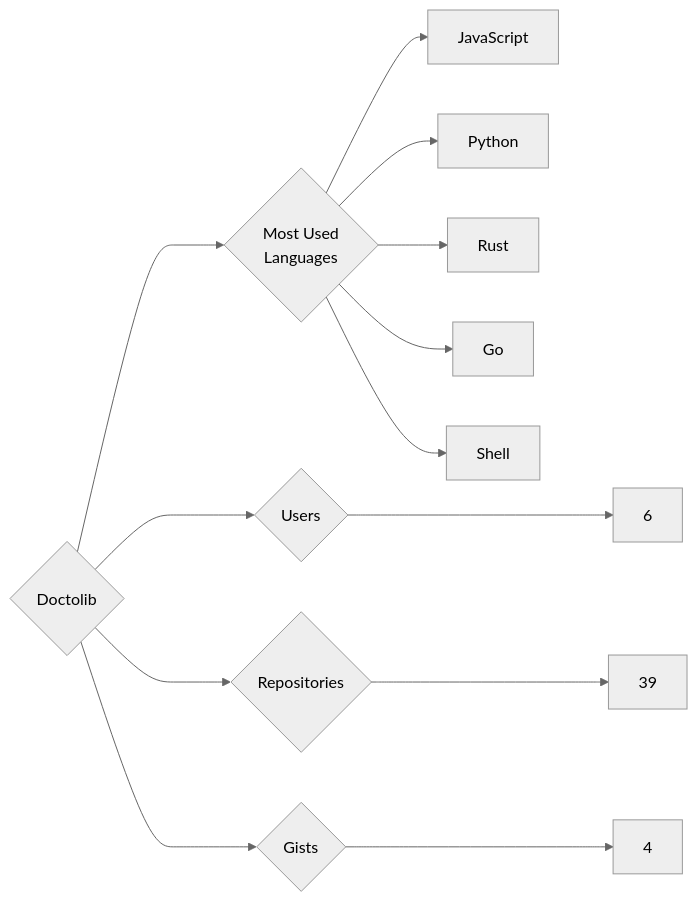
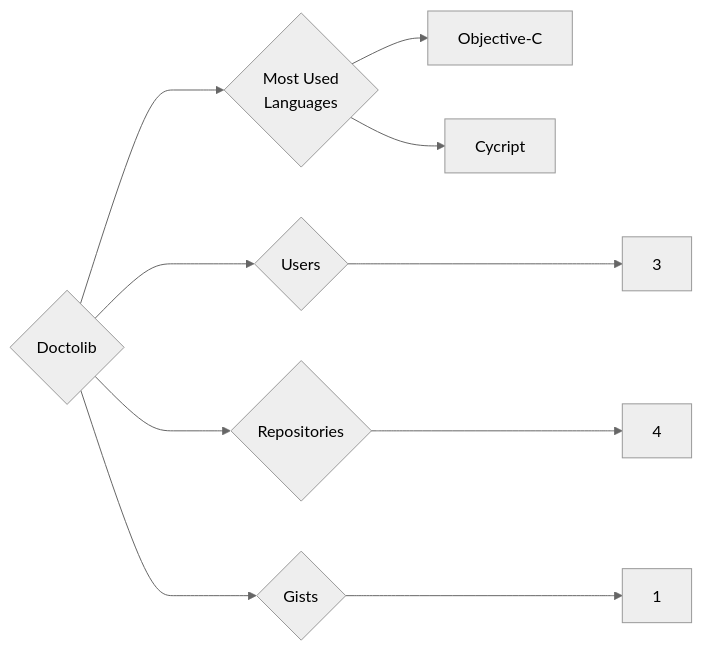
One commit to trickest/insiders changed the diagram in targets/Doctolib/README.md. Above: the diagram before and after it, drawn with Mermaid (neutral theme). The commit also changed 1141 other files, not shown here.

````diff
--- a/targets/Doctolib/README.md
+++ b/targets/Doctolib/README.md
@@ -3,13 +3,10 @@
 ```mermaid
 graph LR
 COMPANY_NAME{Doctolib}
-COMPANY_NAME ---> U{Users} ---> UN[6]
-COMPANY_NAME ---> R{Repositories} ---> RN[39]
-COMPANY_NAME ---> G{Gists} ---> GN[4]
+COMPANY_NAME ---> U{Users} ---> UN[3]
+COMPANY_NAME ---> R{Repositories} ---> RN[4]
+COMPANY_NAME ---> G{Gists} ---> GN[1]
 COMPANY_NAME ---> ML{Most Used<br>Languages}
-ML --> JavaScript[JavaScript]
-ML --> Python[Python]
-ML --> Rust[Rust]
-ML --> Go[Go]
-ML --> Shell[Shell]
+ML --> Objective-C[Objective-C]
+ML --> Cycript[Cycript]
 ```
````
